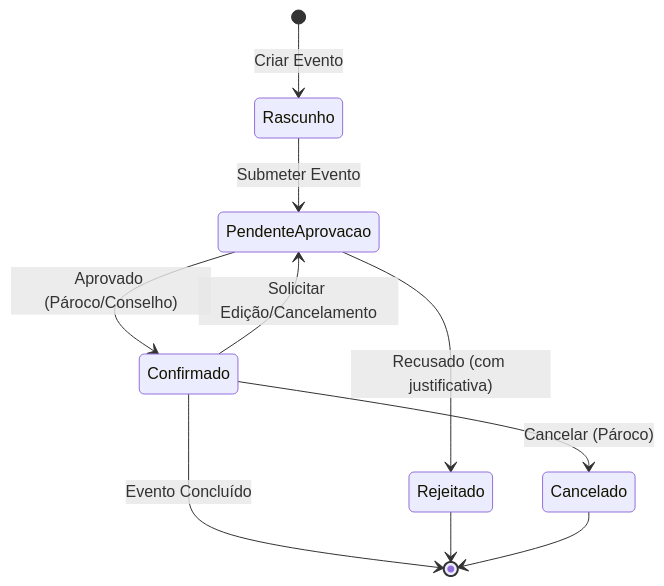
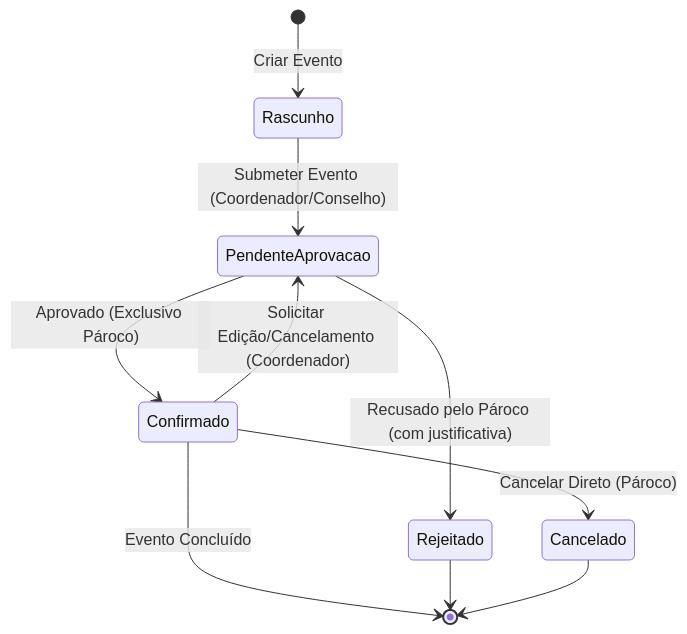
Before and after one commit to BrunoLV/paroquia: the diagram in docs/business-rules/calendario.md, drawn with Mermaid. The commit also changed other lines of this file and 160 other files, not shown here.

````diff
--- a/docs/business-rules/calendario.md
+++ b/docs/business-rules/calendario.md
@@ -49,12 +49,12 @@
 ```mermaid
 stateDiagram-v2
     [*] --> Rascunho : Criar Evento
-    Rascunho --> PendenteAprovacao : Submeter Evento
-    PendenteAprovacao --> Confirmado : Aprovado (Pároco/Conselho)
-    PendenteAprovacao --> Rejeitado : Recusado (com justificativa)
-    Confirmado --> PendenteAprovacao : Solicitar Edição/Cancelamento
-    Confirmado --> Cancelado : Cancelar (Pároco)
+    Rascunho --> PendenteAprovacao : Submeter Evento (Coordenador/Conselho)
+    PendenteAprovacao --> Confirmado : Aprovado (Exclusivo Pároco)
+    PendenteAprovacao --> Rejeitado : Recusado pelo Pároco (com justificativa)
+    Confirmado --> PendenteAprovacao : Solicitar Edição/Cancelamento (Coordenador)
+    Confirmado --> Cancelado : Cancelar Direto (Pároco)
     Confirmado --> [*] : Evento Concluído
     Rejeitado --> [*]
     Cancelado --> [*]
 ```
````
